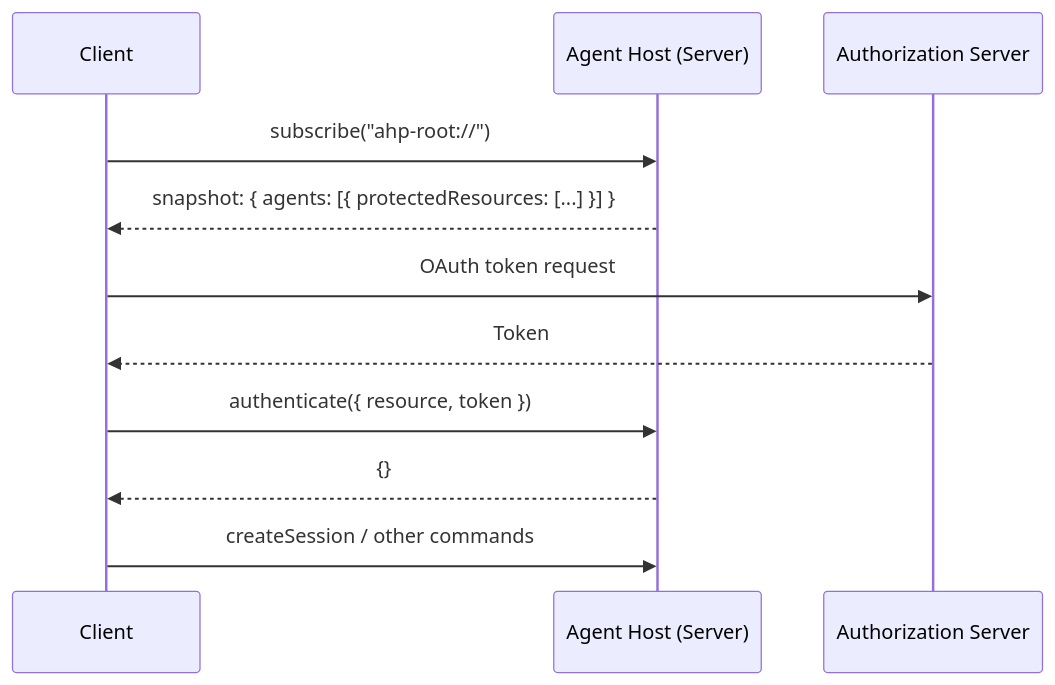
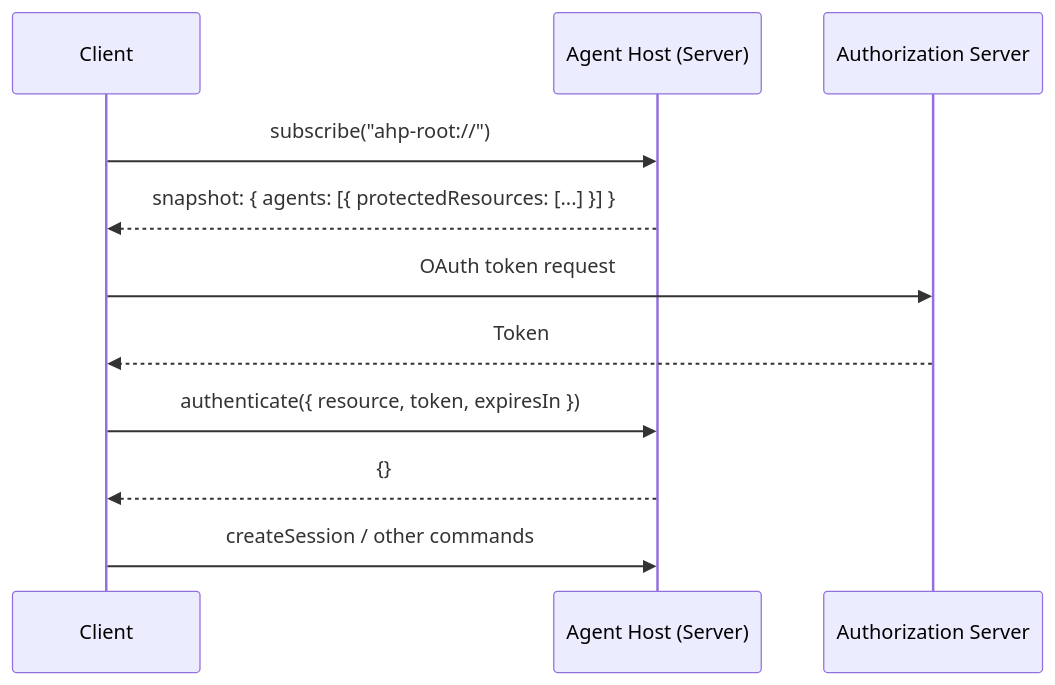
Before and after one commit to microsoft/agent-host-protocol: the diagram in docs/specification/authentication.md, drawn with Mermaid. The commit also changed other lines of this file and 18 other files, not shown here.

````diff
--- a/docs/specification/authentication.md
+++ b/docs/specification/authentication.md
@@ -9,17 +9,17 @@
 ```mermaid
 sequenceDiagram
     participant C as Client
     participant S as Agent Host (Server)
     participant AS as Authorization Server
 
     C->>S: subscribe("ahp-root://")
     S-->>C: snapshot: { agents: [{ protectedResources: [...] }] }
 
     C->>AS: OAuth token request
     AS-->>C: Token
 
-    C->>S: authenticate({ resource, token })
+    C->>S: authenticate({ resource, token, expiresIn })
     S-->>C: {}
 
     C->>S: createSession / other commands
 ```
````
